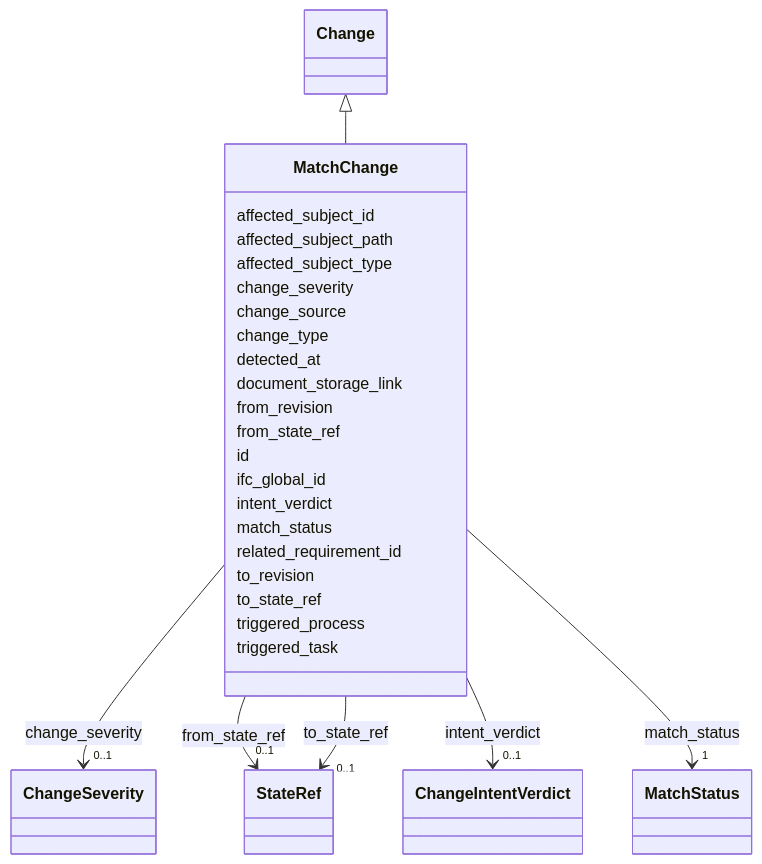
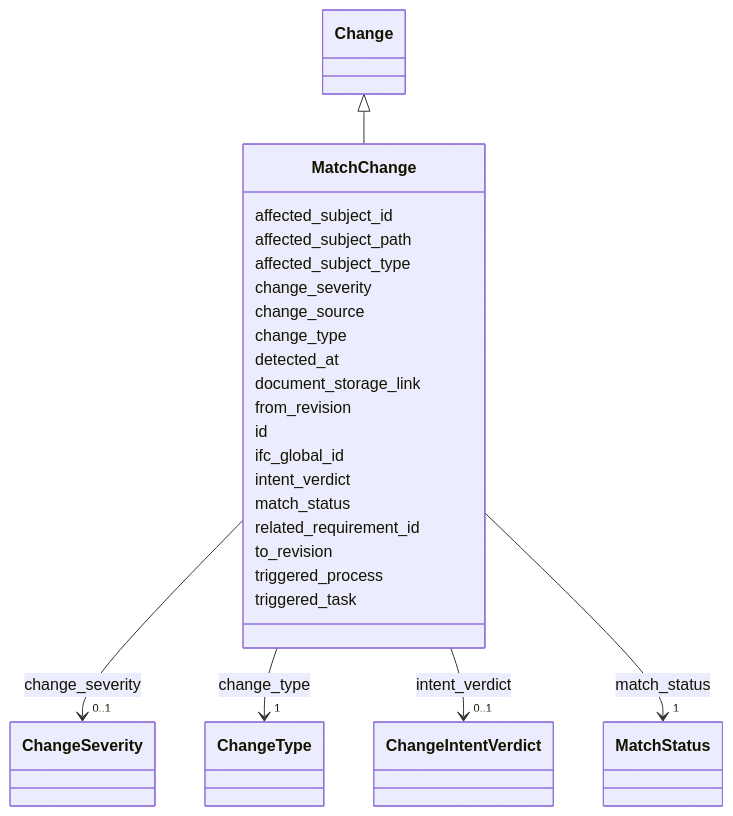
The diagram in latest/schema/MatchChange.md (simondilhas/pragmatic-bim-data-contract), drawn with Mermaid before and after one commit. The commit also changed other lines of this file and 2590 other files, not shown here.

````diff
--- a/latest/schema/MatchChange.md
+++ b/latest/schema/MatchChange.md
@@ -25,92 +25,32 @@
 ```mermaid
  classDiagram
     class MatchChange
-    click MatchChange href "../MatchChange/"
+    click MatchChange href "./MatchChange.html"
       Change <|-- MatchChange
-        click Change href "../Change/"
-      
+        click Change href "./Change.html"
       MatchChange : affected_subject_id
-        
       MatchChange : affected_subject_path
-        
       MatchChange : affected_subject_type
-        
       MatchChange : change_severity
-        
-          
-    
-        
-        
         MatchChange --> "0..1" ChangeSeverity : change_severity
-        click ChangeSeverity href "../ChangeSeverity/"
-    
-
-        
+        click ChangeSeverity href "./ChangeSeverity.html"
       MatchChange : change_source
-        
       MatchChange : change_type
-        
+        MatchChange --> "1" ChangeType : change_type
+        click ChangeType href "./ChangeType.html"
       MatchChange : detected_at
-        
       MatchChange : document_storage_link
-        
       MatchChange : from_revision
-        
-      MatchChange : from_state_ref
-        
-          
-    
-        
-        
-        MatchChange --> "0..1" StateRef : from_state_ref
-        click StateRef href "../StateRef/"
-    
-
-        
       MatchChange : id
-        
       MatchChange : ifc_global_id
-        
       MatchChange : intent_verdict
-        
-          
-    
-        
-        
         MatchChange --> "0..1" ChangeIntentVerdict : intent_verdict
-        click ChangeIntentVerdict href "../ChangeIntentVerdict/"
-    
-
-        
+        click ChangeIntentVerdict href "./ChangeIntentVerdict.html"
       MatchChange : match_status
-        
-          
-    
-        
-        
         MatchChange --> "1" MatchStatus : match_status
-        click MatchStatus href "../MatchStatus/"
-    
-
-        
+        click MatchStatus href "./MatchStatus.html"
       MatchChange : related_requirement_id
-        
       MatchChange : to_revision
-        
-      MatchChange : to_state_ref
-        
-          
-    
-        
-        
-        MatchChange --> "0..1" StateRef : to_state_ref
-        click StateRef href "../StateRef/"
-    
-
-        
       MatchChange : triggered_process
-        
       MatchChange : triggered_task
-        
-      
 ```
````
